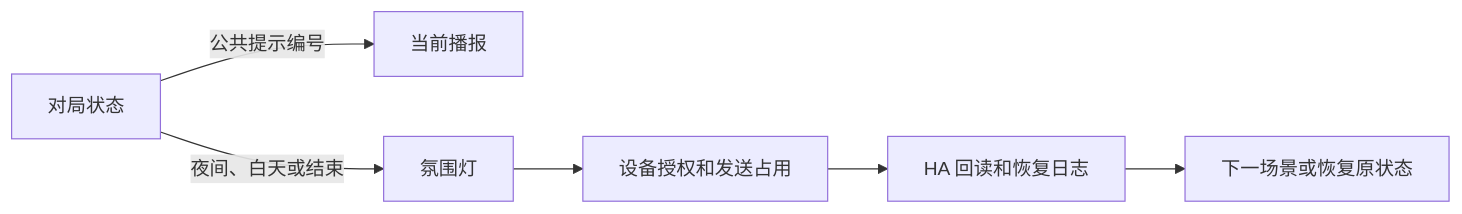
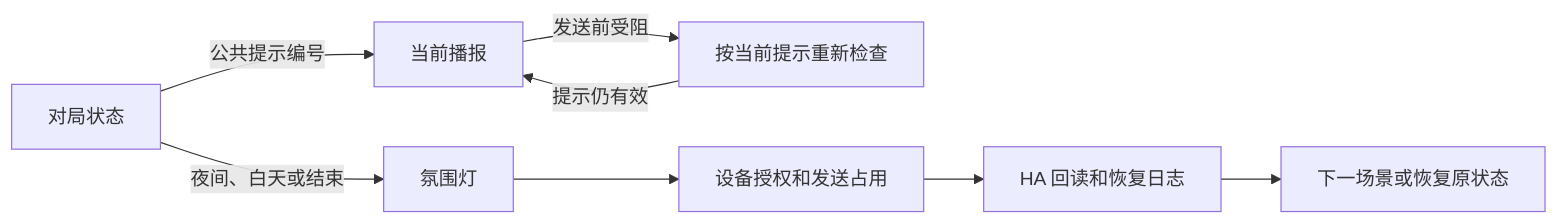
Diagram 19 of 22 in docs/architecture.md (Geeprox/Friday), drawn with Mermaid before and after one commit. The commit also changed other lines of this file and 3 other files, not shown here.

````diff
--- a/docs/architecture.md
+++ b/docs/architecture.md
@@ -350,8 +350,10 @@
 ```mermaid
 flowchart LR
   G[对局状态] -->|公共提示编号| V[当前播报]
+  V -->|发送前受阻| C[按当前提示重新检查]
+  C -->|提示仍有效| V
   G -->|夜间、白天或结束| L[氛围灯]
   L --> A[设备授权和发送占用]
   A --> R[HA 回读和恢复日志]
   R --> N[下一场景或恢复原状态]
 ```
````
